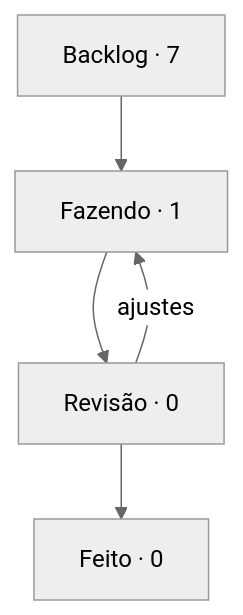
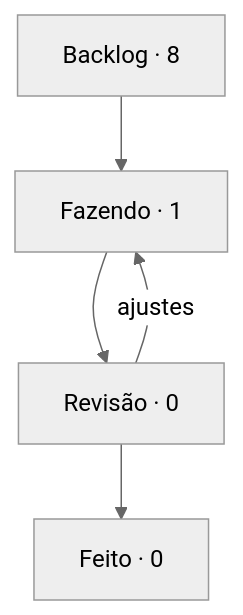
Before and after one commit to StudioVibi/VibiKanban: the diagram in boards/dungeon-bend/BOARD.md, drawn with Mermaid (neutral theme). The commit also changed other lines of this file and 2 other files, not shown here.

````diff
--- a/boards/dungeon-bend/BOARD.md
+++ b/boards/dungeon-bend/BOARD.md
@@ -5,10 +5,10 @@
 ```mermaid
 flowchart TD
-  backlog["Backlog · 7"] --> doing["Fazendo · 1"]
+  backlog["Backlog · 8"] --> doing["Fazendo · 1"]
   doing --> review["Revisão · 0"]
   review --> done["Feito · 0"]
   review -->|ajustes| doing
   doing:::blue
   review:::yellow
   done:::green
 ```
````
